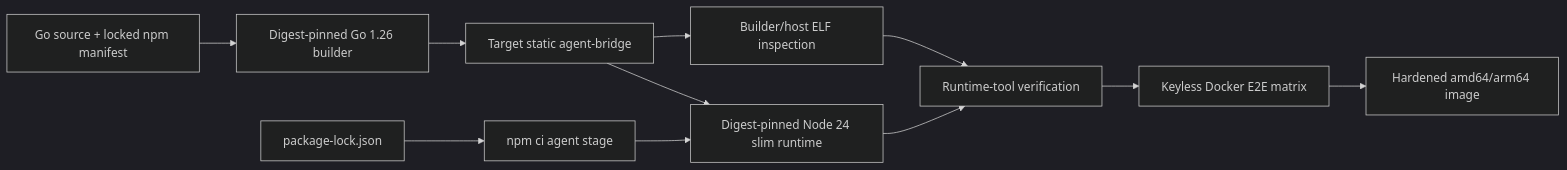
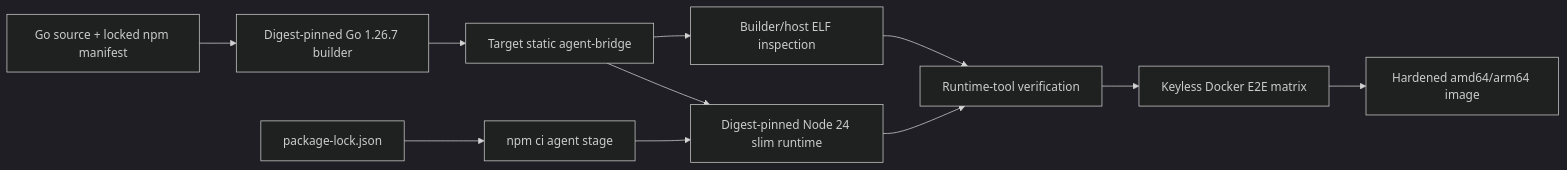
One commit to viethoangcr/agent-bridge changed the diagram in docs/plans/20260823-06-runtime-image-e2e.md. Above: the diagram before and after it, drawn with Mermaid (dark theme). The commit also changed other lines of this file and 6 other files, not shown here.

````diff
--- a/docs/plans/20260823-06-runtime-image-e2e.md
+++ b/docs/plans/20260823-06-runtime-image-e2e.md
@@ -56,13 +56,13 @@
 ```mermaid
 flowchart LR
-    Source[Go source + locked npm manifest] --> Builder[Digest-pinned Go 1.26 builder]
+    Source[Go source + locked npm manifest] --> Builder[Digest-pinned Go 1.26.7 builder]
     Builder --> Binary[Target static agent-bridge]
     Lock[package-lock.json] --> NPM[npm ci agent stage]
     Binary --> Runtime[Digest-pinned Node 24 slim runtime]
     NPM --> Runtime
     Runtime --> Verify[Runtime-tool verification]
     Binary --> Static[Builder/host ELF inspection]
     Static --> Verify
     Verify --> E2E[Keyless Docker E2E matrix]
     E2E --> Release[Hardened amd64/arm64 image]
 ```
````
